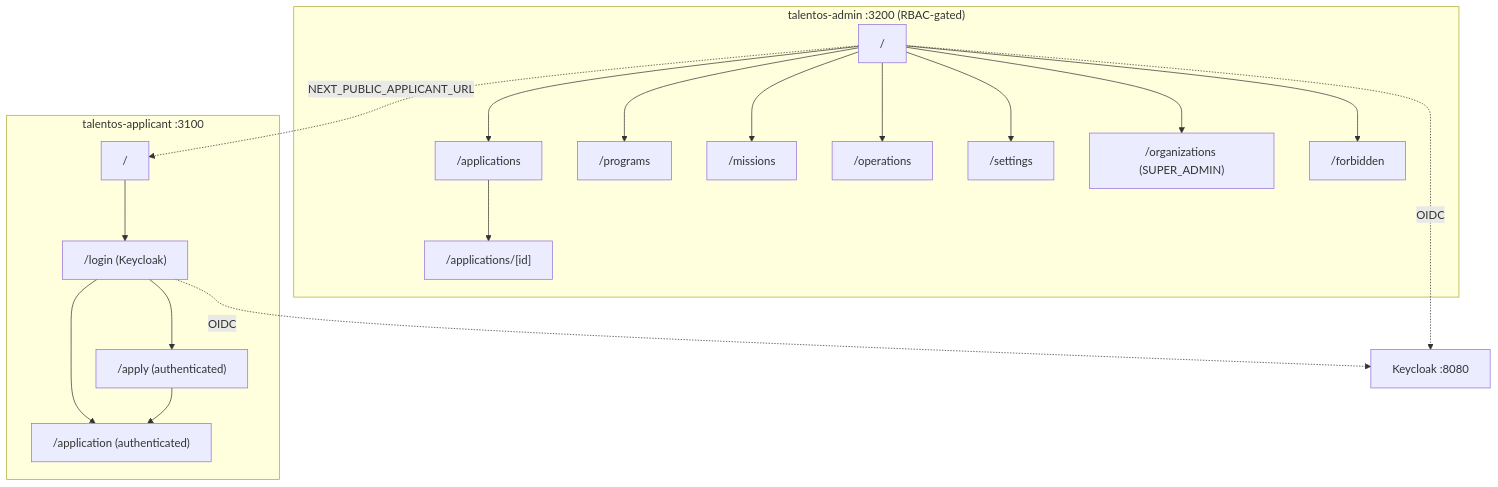
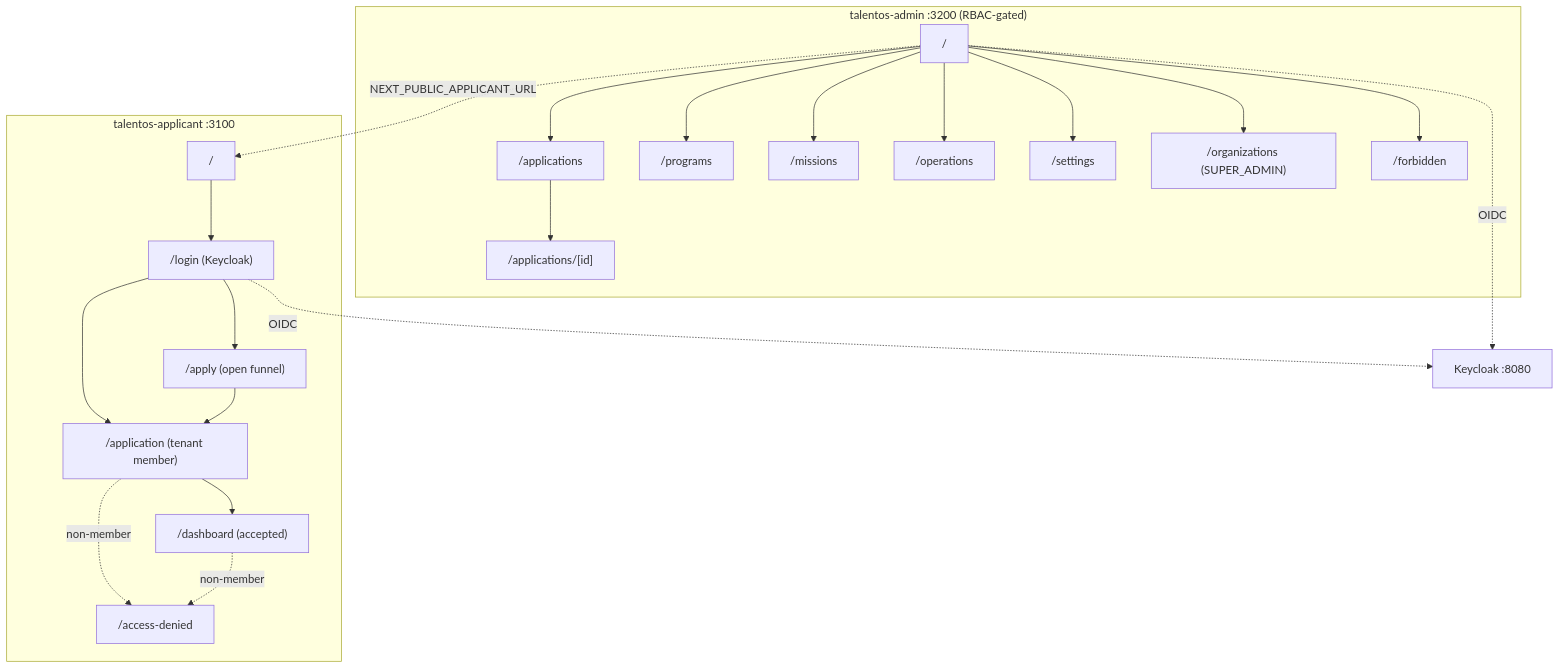
The third of 3 diagrams in docs/Architecture.md (karimjindani/talentOS), drawn with Mermaid before and after one commit. The commit also changed other lines of this file and 8 other files, not shown here.

````diff
--- a/docs/Architecture.md
+++ b/docs/Architecture.md
@@ -110,22 +110,25 @@
 ```mermaid
 flowchart TD
     subgraph Applicant["talentos-applicant :3100"]
       Landing["/"] --> Login["/login (Keycloak)"]
-      Login --> Apply["/apply (authenticated)"]
-      Login --> Application["/application (authenticated)"]
+      Login --> Apply["/apply (open funnel)"]
+      Login --> Application["/application (tenant member)"]
+      Application --> Dashboard["/dashboard (accepted)"]
       Apply --> Application
+      Application -. non-member .-> AccessDenied["/access-denied"]
+      Dashboard -. non-member .-> AccessDenied
     end
     Login -. OIDC .-> KC["Keycloak :8080"]
     subgraph AdminC["talentos-admin :3200 (RBAC-gated)"]
       AdminHome["/"] --> Applications["/applications"]
       Applications --> Detail["/applications/[id]"]
       AdminHome --> Programs["/programs"]
       AdminHome --> Missions["/missions"]
       AdminHome --> Operations["/operations"]
       AdminHome --> Settings["/settings"]
       AdminHome --> Organizations["/organizations (SUPER_ADMIN)"]
       AdminHome --> Forbidden["/forbidden"]
     end
     AdminHome -. OIDC .-> KC
     AdminHome -. NEXT_PUBLIC_APPLICANT_URL .-> Landing
 ```
````
